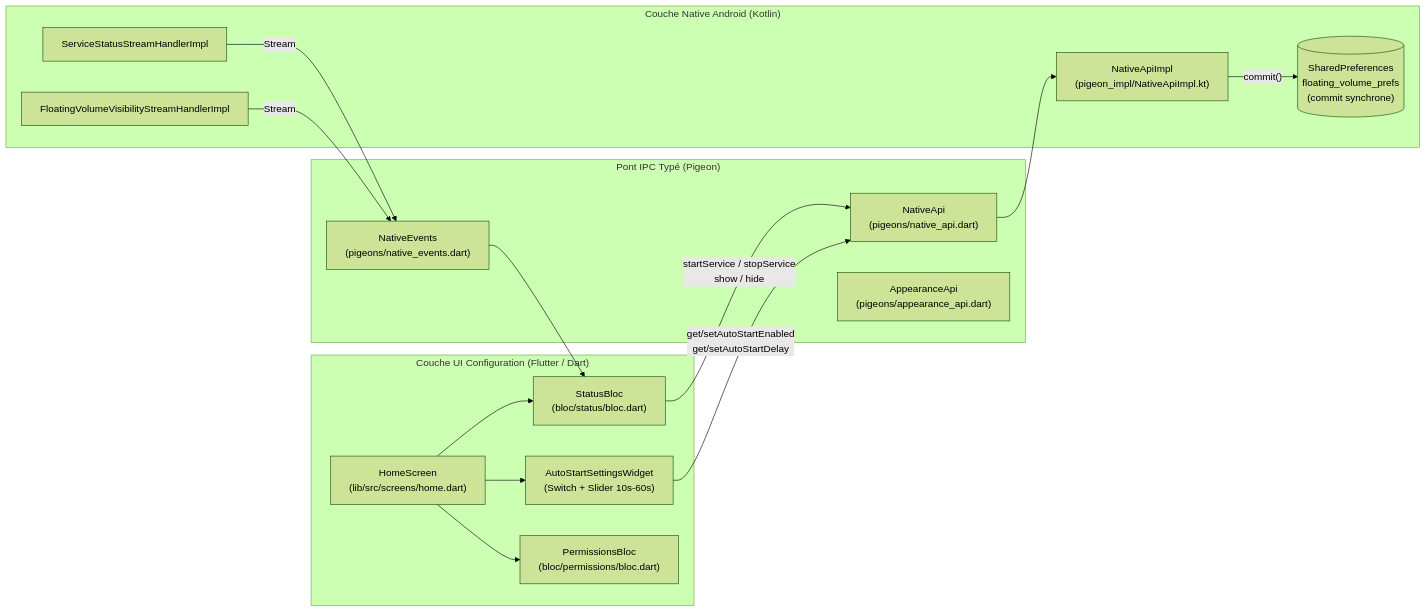
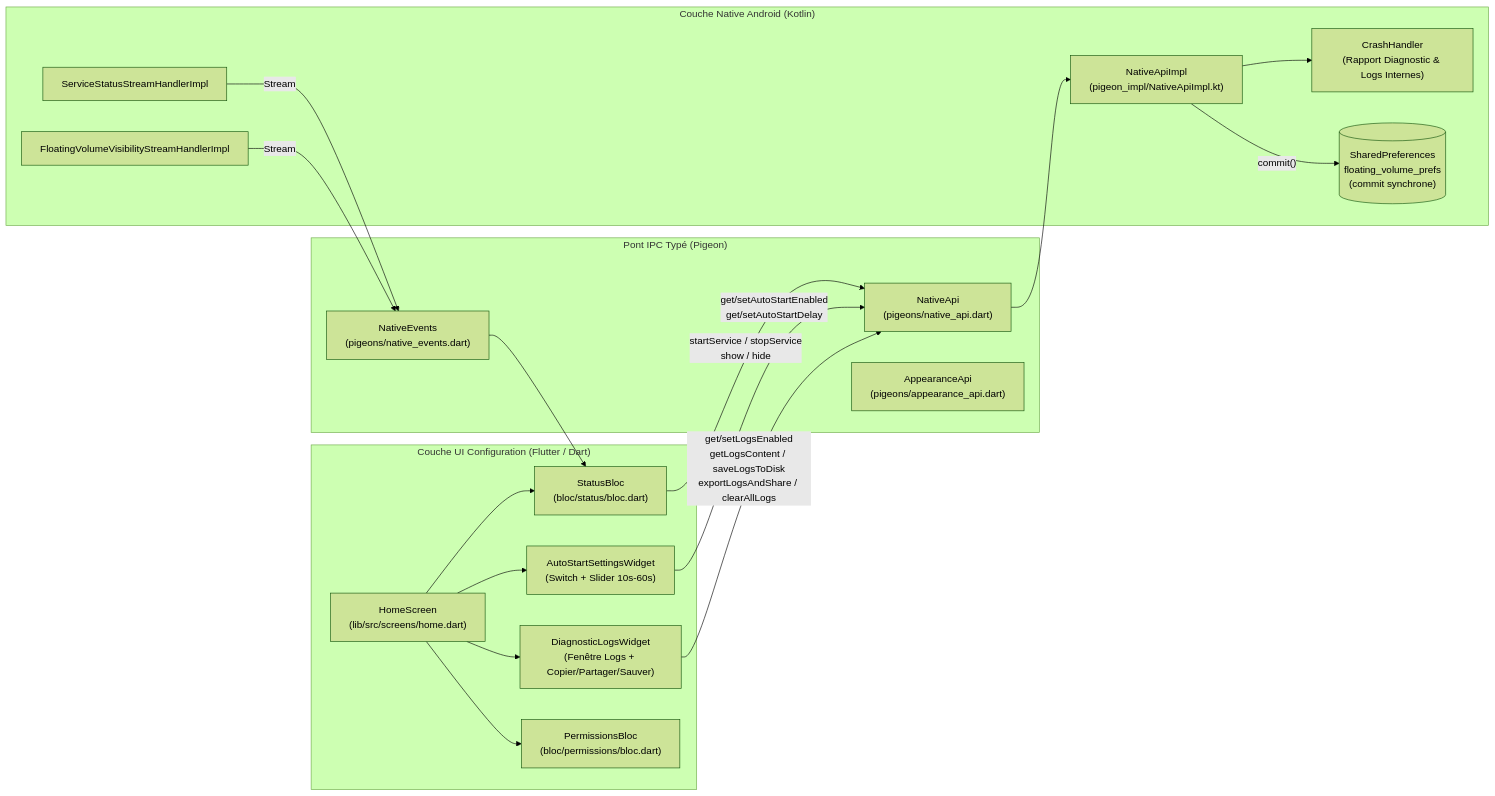
One commit to lyestestai/FloatingVolume changed the first of 3 diagrams in architecture.md. Above: the diagram before and after it, drawn with Mermaid (forest theme). The commit also changed other lines of this file and 17 other files, not shown here.

Commit message:
Release v0.9.10+100: In-app diagnostic log window with Copy, Share (Email/Text Editor), and Save to Download/

````diff
--- a/architecture.md
+++ b/architecture.md
@@ -24,33 +25,38 @@
 ```mermaid
 flowchart LR
     subgraph Flutter["Couche UI Configuration (Flutter / Dart)"]
         HS["HomeScreen\n(lib/src/screens/home.dart)"]
         ASW["AutoStartSettingsWidget\n(Switch + Slider 10s-60s)"]
+        DLW["DiagnosticLogsWidget\n(Fenêtre Logs + Copier/Partager/Sauver)"]
         SB["StatusBloc\n(bloc/status/bloc.dart)"]
         PB["PermissionsBloc\n(bloc/permissions/bloc.dart)"]
     end
 
     subgraph Pigeon["Pont IPC Typé (Pigeon)"]
         NA["NativeApi\n(pigeons/native_api.dart)"]
         NE["NativeEvents\n(pigeons/native_events.dart)"]
         AA["AppearanceApi\n(pigeons/appearance_api.dart)"]
     end
 
     subgraph Native["Couche Native Android (Kotlin)"]
         NAI["NativeApiImpl\n(pigeon_impl/NativeApiImpl.kt)"]
+        CH["CrashHandler\n(Rapport Diagnostic & Logs Internes)"]
         SSSH["ServiceStatusStreamHandlerImpl"]
         FVSH["FloatingVolumeVisibilityStreamHandlerImpl"]
         SP[("SharedPreferences\nfloating_volume_prefs\n(commit synchrone)")]
     end
 
     HS --> SB
     HS --> PB
     HS --> ASW
+    HS --> DLW
     SB -->|"startService / stopService\nshow / hide"| NA
     ASW -->|"get/setAutoStartEnabled\nget/setAutoStartDelay"| NA
+    DLW -->|"get/setLogsEnabled\ngetLogsContent / saveLogsToDisk\nexportLogsAndShare / clearAllLogs"| NA
     NA --> NAI
     NAI -->|"commit()"| SP
+    NAI --> CH
     SSSH -->|"Stream<bool>"| NE
     FVSH -->|"Stream<bool>"| NE
     NE --> SB
 ```
````
